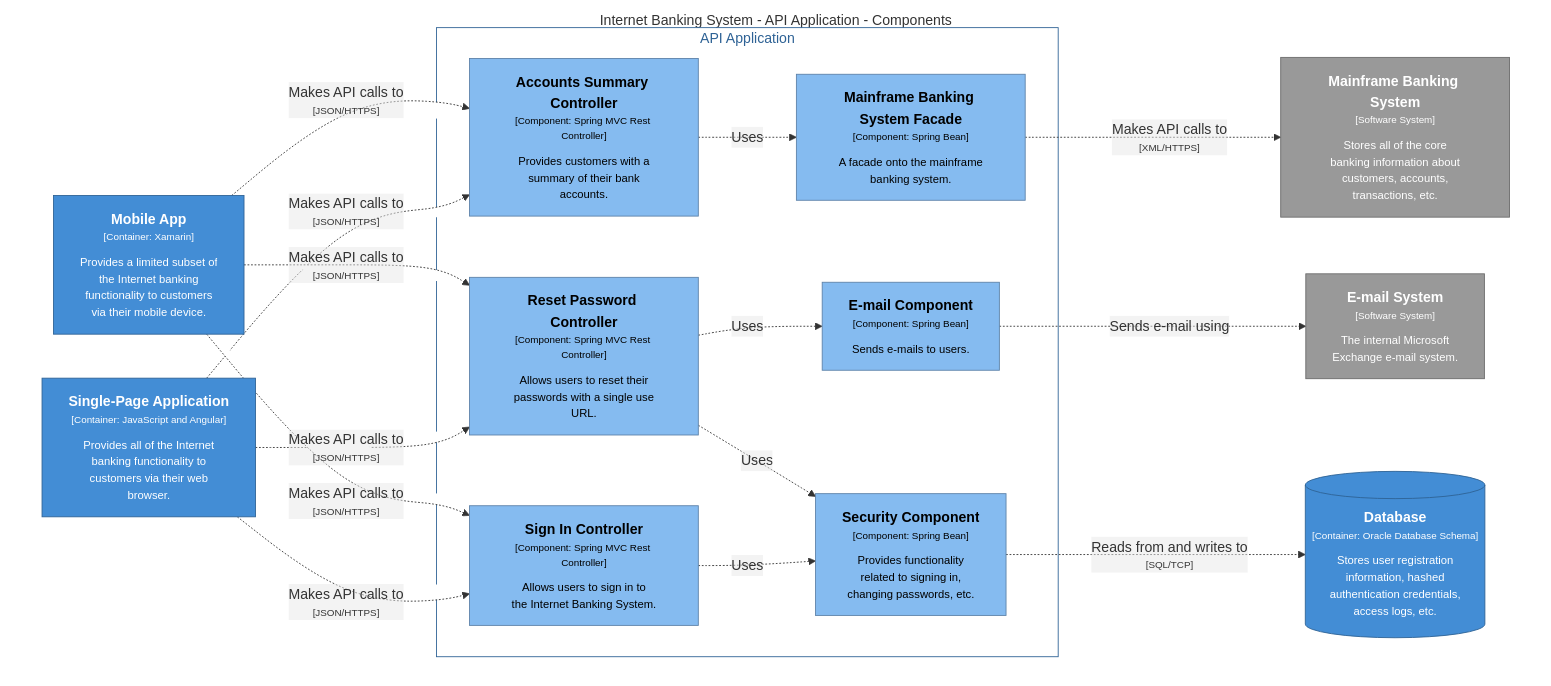
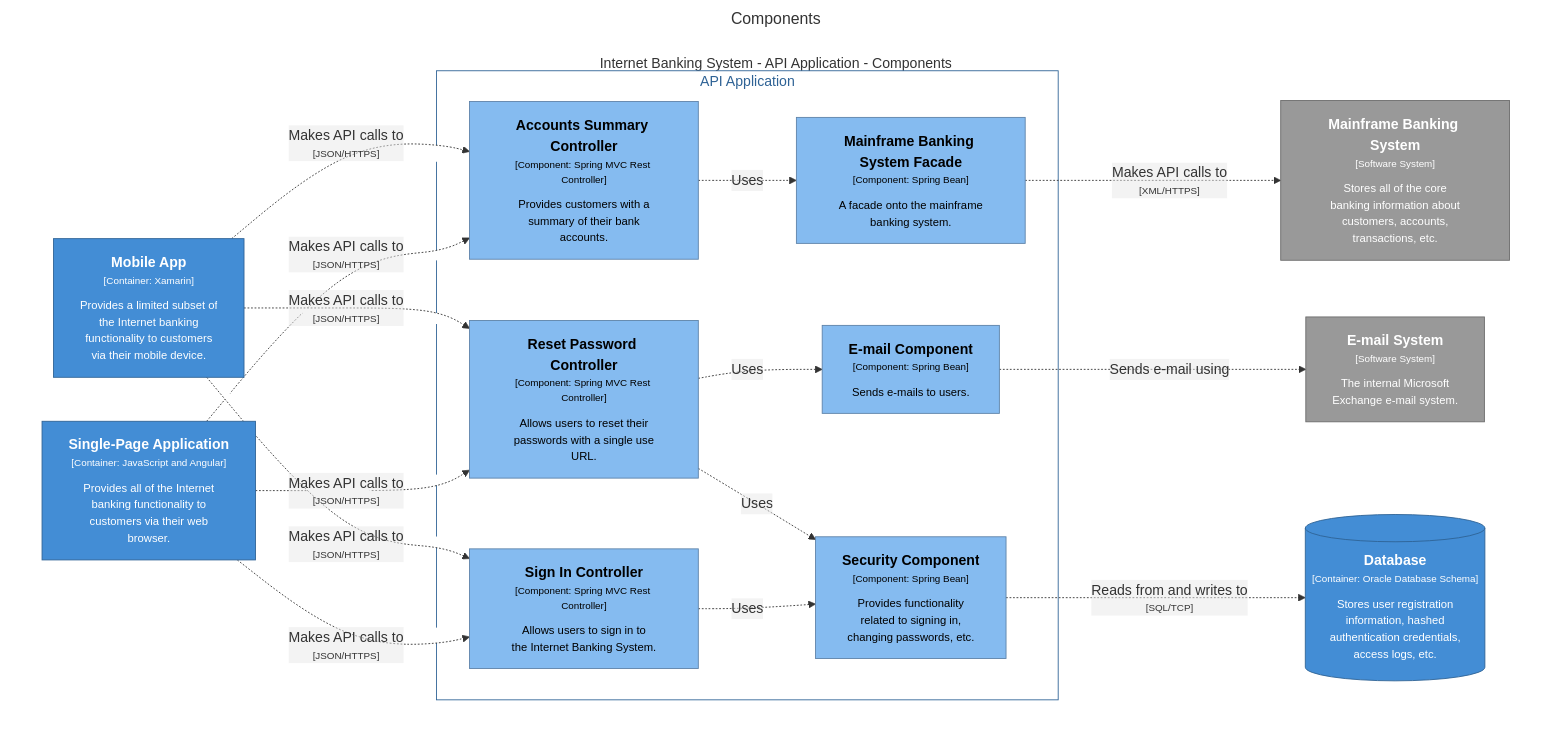
The ninth of 12 diagrams in mermaid/markdown/diagrams.template.md (tramaine-codes/visualization-playground), drawn with Mermaid before and after one commit. The commit also changed other lines of this file and 9 other files, not shown here.

Commit message:
feat: add c4 diagram titles

````diff
--- a/mermaid/markdown/diagrams.template.md
+++ b/mermaid/markdown/diagrams.template.md
@@ -253,50 +262,53 @@
 ```mermaid
+---
+title: Components
+---
 graph TB
   linkStyle default fill:#ffffff
 
   subgraph diagram ["Internet Banking System - API Application - Components"]
     style diagram fill:#ffffff,stroke:#ffffff
 
     4["<div style='font-weight: bold'>Mainframe Banking System</div><div style='font-size: 70%; margin-top: 0px'>[Software System]</div><div style='font-size: 80%; margin-top:10px'>Stores all of the core<br />banking information about<br />customers, accounts,<br />transactions, etc.</div>"]
     style 4 fill:#999999,stroke:#6b6b6b,color:#ffffff
     5["<div style='font-weight: bold'>E-mail System</div><div style='font-size: 70%; margin-top: 0px'>[Software System]</div><div style='font-size: 80%; margin-top:10px'>The internal Microsoft<br />Exchange e-mail system.</div>"]
     style 5 fill:#999999,stroke:#6b6b6b,color:#ffffff
     18[("<div style='font-weight: bold'>Database</div><div style='font-size: 70%; margin-top: 0px'>[Container: Oracle Database Schema]</div><div style='font-size: 80%; margin-top:10px'>Stores user registration<br />information, hashed<br />authentication credentials,<br />access logs, etc.</div>")]
     style 18 fill:#438dd5,stroke:#2e6295,color:#ffffff
     8["<div style='font-weight: bold'>Single-Page Application</div><div style='font-size: 70%; margin-top: 0px'>[Container: JavaScript and Angular]</div><div style='font-size: 80%; margin-top:10px'>Provides all of the Internet<br />banking functionality to<br />customers via their web<br />browser.</div>"]
     style 8 fill:#438dd5,stroke:#2e6295,color:#ffffff
     9["<div style='font-weight: bold'>Mobile App</div><div style='font-size: 70%; margin-top: 0px'>[Container: Xamarin]</div><div style='font-size: 80%; margin-top:10px'>Provides a limited subset of<br />the Internet banking<br />functionality to customers<br />via their mobile device.</div>"]
     style 9 fill:#438dd5,stroke:#2e6295,color:#ffffff
 
     subgraph 11 [API Application]
       style 11 fill:#ffffff,stroke:#2e6295,color:#2e6295
 
       12["<div style='font-weight: bold'>Sign In Controller</div><div style='font-size: 70%; margin-top: 0px'>[Component: Spring MVC Rest Controller]</div><div style='font-size: 80%; margin-top:10px'>Allows users to sign in to<br />the Internet Banking System.</div>"]
       style 12 fill:#85bbf0,stroke:#5d82a8,color:#000000
       13["<div style='font-weight: bold'>Accounts Summary Controller</div><div style='font-size: 70%; margin-top: 0px'>[Component: Spring MVC Rest Controller]</div><div style='font-size: 80%; margin-top:10px'>Provides customers with a<br />summary of their bank<br />accounts.</div>"]
       style 13 fill:#85bbf0,stroke:#5d82a8,color:#000000
       14["<div style='font-weight: bold'>Reset Password Controller</div><div style='font-size: 70%; margin-top: 0px'>[Component: Spring MVC Rest Controller]</div><div style='font-size: 80%; margin-top:10px'>Allows users to reset their<br />passwords with a single use<br />URL.</div>"]
       style 14 fill:#85bbf0,stroke:#5d82a8,color:#000000
       15["<div style='font-weight: bold'>Security Component</div><div style='font-size: 70%; margin-top: 0px'>[Component: Spring Bean]</div><div style='font-size: 80%; margin-top:10px'>Provides functionality<br />related to signing in,<br />changing passwords, etc.</div>"]
       style 15 fill:#85bbf0,stroke:#5d82a8,color:#000000
       16["<div style='font-weight: bold'>Mainframe Banking System Facade</div><div style='font-size: 70%; margin-top: 0px'>[Component: Spring Bean]</div><div style='font-size: 80%; margin-top:10px'>A facade onto the mainframe<br />banking system.</div>"]
       style 16 fill:#85bbf0,stroke:#5d82a8,color:#000000
       17["<div style='font-weight: bold'>E-mail Component</div><div style='font-size: 70%; margin-top: 0px'>[Component: Spring Bean]</div><div style='font-size: 80%; margin-top:10px'>Sends e-mails to users.</div>"]
       style 17 fill:#85bbf0,stroke:#5d82a8,color:#000000
     end
 
     8-. "<div>Makes API calls to</div><div style='font-size: 70%'>[JSON/HTTPS]</div>" .->12
     8-. "<div>Makes API calls to</div><div style='font-size: 70%'>[JSON/HTTPS]</div>" .->13
     8-. "<div>Makes API calls to</div><div style='font-size: 70%'>[JSON/HTTPS]</div>" .->14
     9-. "<div>Makes API calls to</div><div style='font-size: 70%'>[JSON/HTTPS]</div>" .->12
     9-. "<div>Makes API calls to</div><div style='font-size: 70%'>[JSON/HTTPS]</div>" .->13
     9-. "<div>Makes API calls to</div><div style='font-size: 70%'>[JSON/HTTPS]</div>" .->14
     12-. "<div>Uses</div><div style='font-size: 70%'></div>" .->15
     13-. "<div>Uses</div><div style='font-size: 70%'></div>" .->16
     14-. "<div>Uses</div><div style='font-size: 70%'></div>" .->15
     14-. "<div>Uses</div><div style='font-size: 70%'></div>" .->17
     15-. "<div>Reads from and writes to</div><div style='font-size: 70%'>[SQL/TCP]</div>" .->18
     16-. "<div>Makes API calls to</div><div style='font-size: 70%'>[XML/HTTPS]</div>" .->4
     17-. "<div>Sends e-mail using</div><div style='font-size: 70%'></div>" .->5
   end
 ```
````
